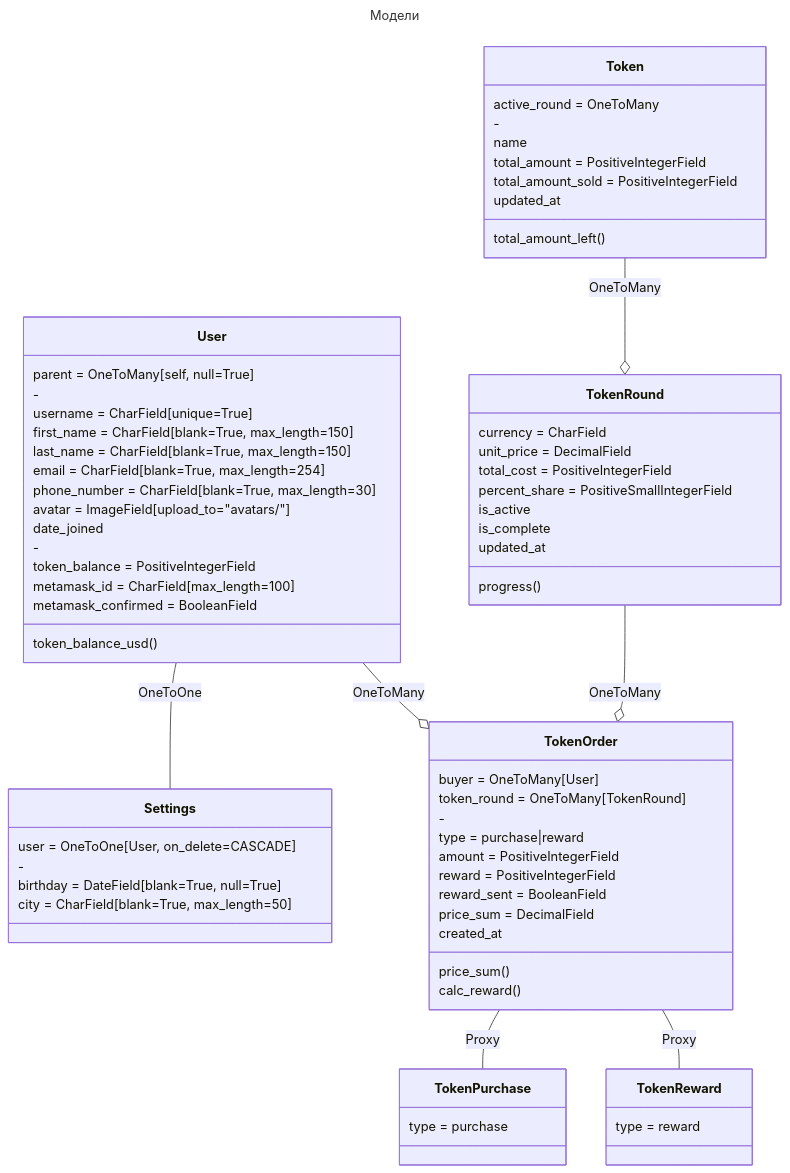
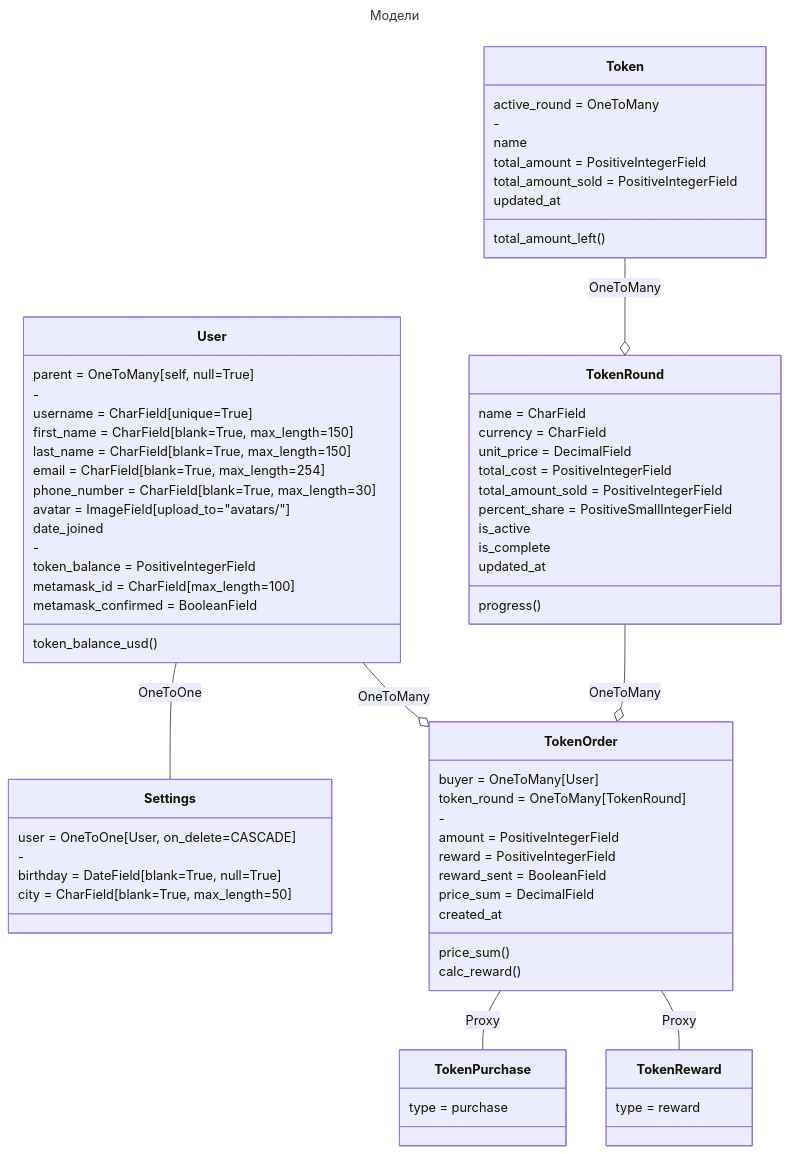
The first of 2 diagrams in README.md (DmitryPi/market_django), drawn with Mermaid before and after one commit. The commit also changed other lines of this file and 3 other files, not shown here.

Commit message:
- Add field total_amount_sold to tokenround     - Alter field total_amount on token

````diff
--- a/README.md
+++ b/README.md
@@ -29,79 +34,80 @@
 ```mermaid
 ---
 title: Модели
 ---
 classDiagram
     User -- Settings : OneToOne
     Token --o TokenRound : OneToMany
     User --o TokenOrder : OneToMany
     TokenRound --o TokenOrder : OneToMany
     TokenOrder -- TokenPurchase : Proxy
     TokenOrder -- TokenReward : Proxy
 
     class User {
         parent = OneToMany[self, null=True]
         -
         username = CharField[unique=True]
         first_name = CharField[blank=True, max_length=150]
         last_name = CharField[blank=True, max_length=150]
         email = CharField[blank=True, max_length=254]
         phone_number = CharField[blank=True, max_length=30]
         avatar = ImageField[upload_to="avatars/"]
         date_joined
         -
         token_balance = PositiveIntegerField
         metamask_id = CharField[max_length=100]
         metamask_confirmed = BooleanField
         token_balance_usd()
     }
 
     class Settings {
         user = OneToOne[User, on_delete=CASCADE]
         -
         birthday = DateField[blank=True, null=True]
         city = CharField[blank=True, max_length=50]
     }
 
     class Token {
         active_round = OneToMany
         -
         name
         total_amount = PositiveIntegerField
         total_amount_sold = PositiveIntegerField
         updated_at
         total_amount_left()
     }
 
     class TokenRound {
+        name = CharField
         currency = CharField
         unit_price = DecimalField
         total_cost = PositiveIntegerField
+        total_amount_sold = PositiveIntegerField
         percent_share = PositiveSmallIntegerField
         is_active
         is_complete
         updated_at
         progress()
     }
 
     class TokenOrder {
         buyer = OneToMany[User]
         token_round = OneToMany[TokenRound]
         -
-        type = purchase|reward
         amount = PositiveIntegerField
         reward = PositiveIntegerField
         reward_sent = BooleanField
         price_sum = DecimalField
         created_at
         price_sum()
         calc_reward()
     }
 
     class TokenPurchase {
         type = purchase
     }
 
     class TokenReward {
         type = reward
     }
 ```
````
